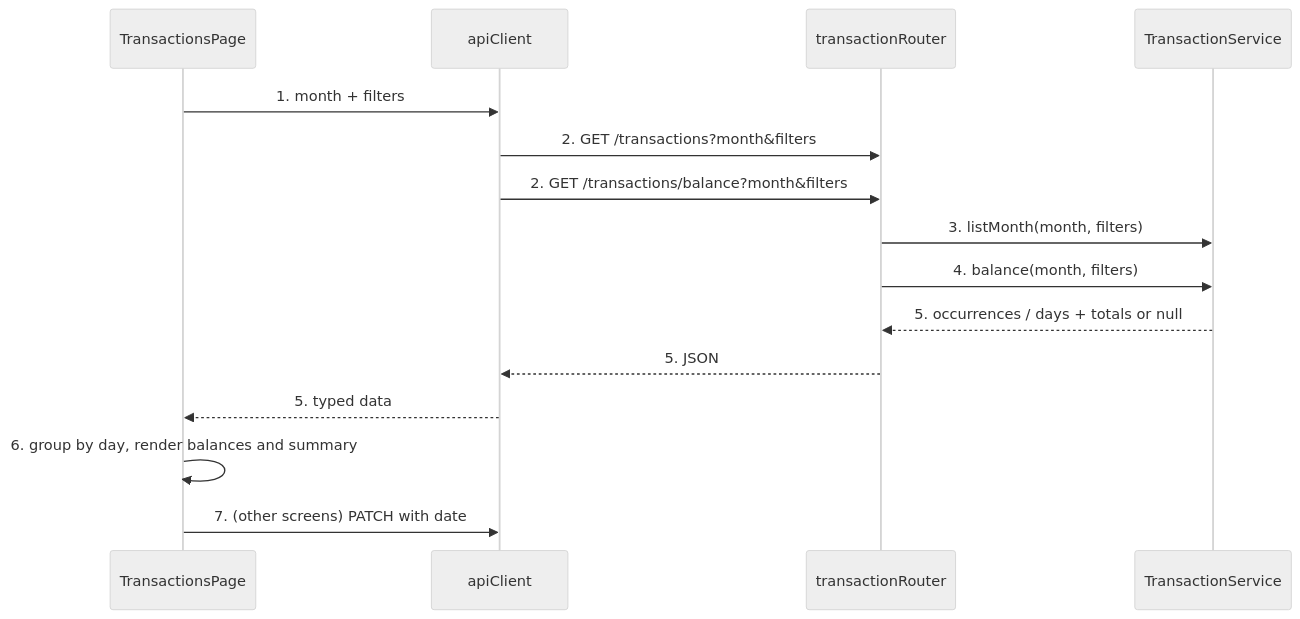
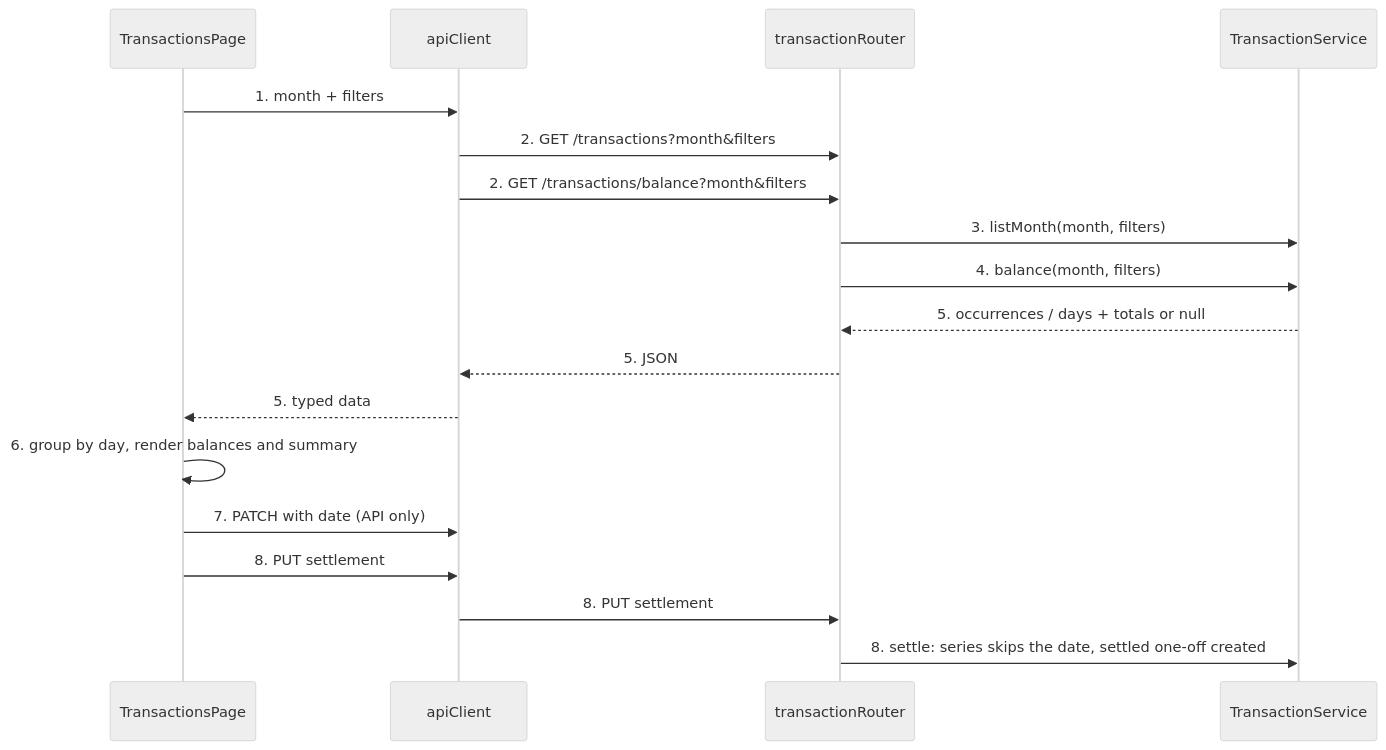
The first of 3 diagrams in .specs/features/monthly-balance/plan.md (tghcastro/capital-care-v2), drawn with Mermaid (neutral theme) before and after one commit. The commit also changed other lines of this file and 1 other file, not shown here.

First line of the commit message:
docs(specs): settle splits a recurring occurrence in the plan

````diff
--- a/.specs/features/monthly-balance/plan.md
+++ b/.specs/features/monthly-balance/plan.md
@@ -21,17 +22,20 @@
 ```mermaid
 sequenceDiagram
     participant P as TransactionsPage
     participant C as apiClient
     participant R as transactionRouter
     participant S as TransactionService
     P->>C: 1. month + filters
     C->>R: 2. GET /transactions?month&filters
     C->>R: 2. GET /transactions/balance?month&filters
     R->>S: 3. listMonth(month, filters)
     R->>S: 4. balance(month, filters)
     S-->>R: 5. occurrences / days + totals or null
     R-->>C: 5. JSON
     C-->>P: 5. typed data
     P->>P: 6. group by day, render balances and summary
-    P->>C: 7. (other screens) PATCH with date
+    P->>C: 7. PATCH with date (API only)
+    P->>C: 8. PUT settlement
+    C->>R: 8. PUT settlement
+    R->>S: 8. settle: series skips the date, settled one-off created
 ```
````
